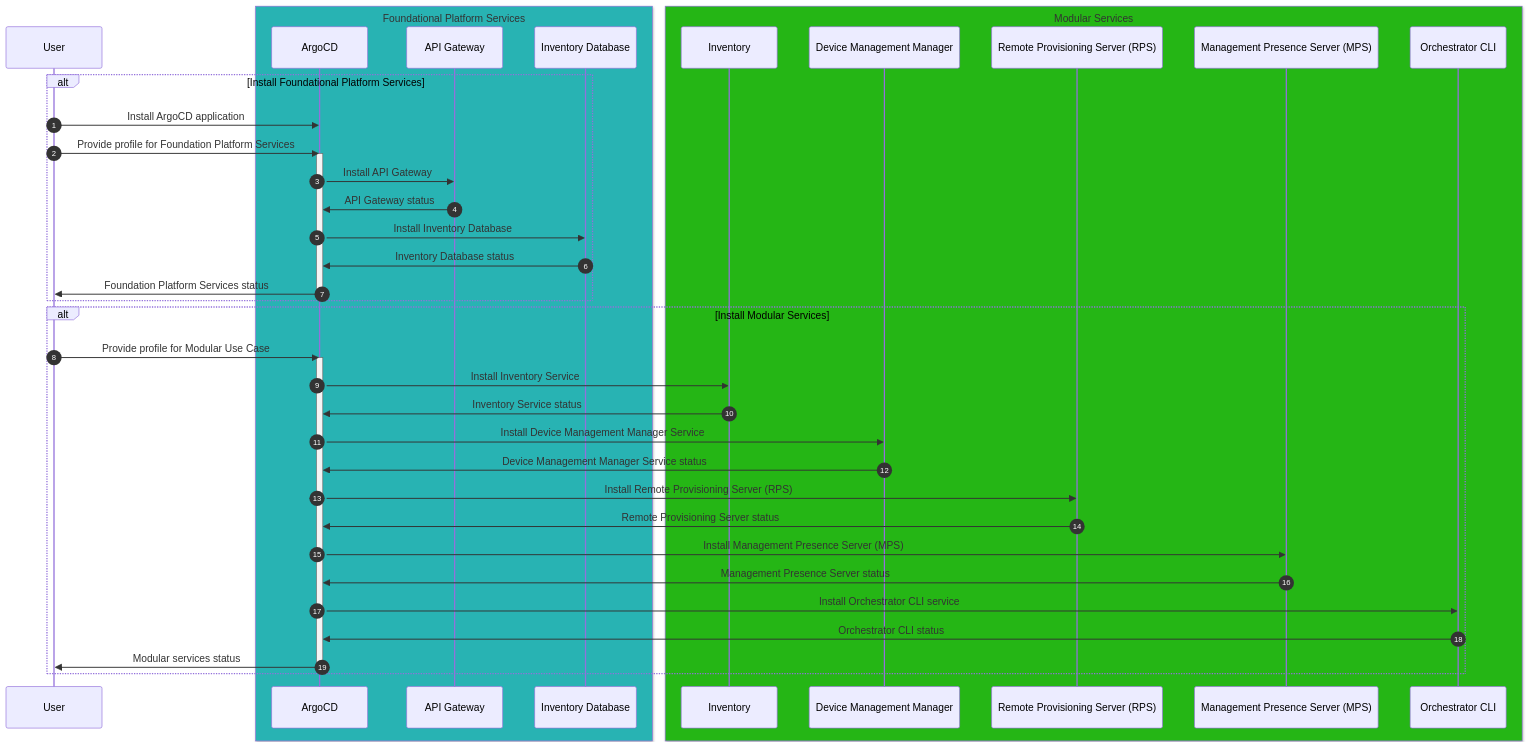
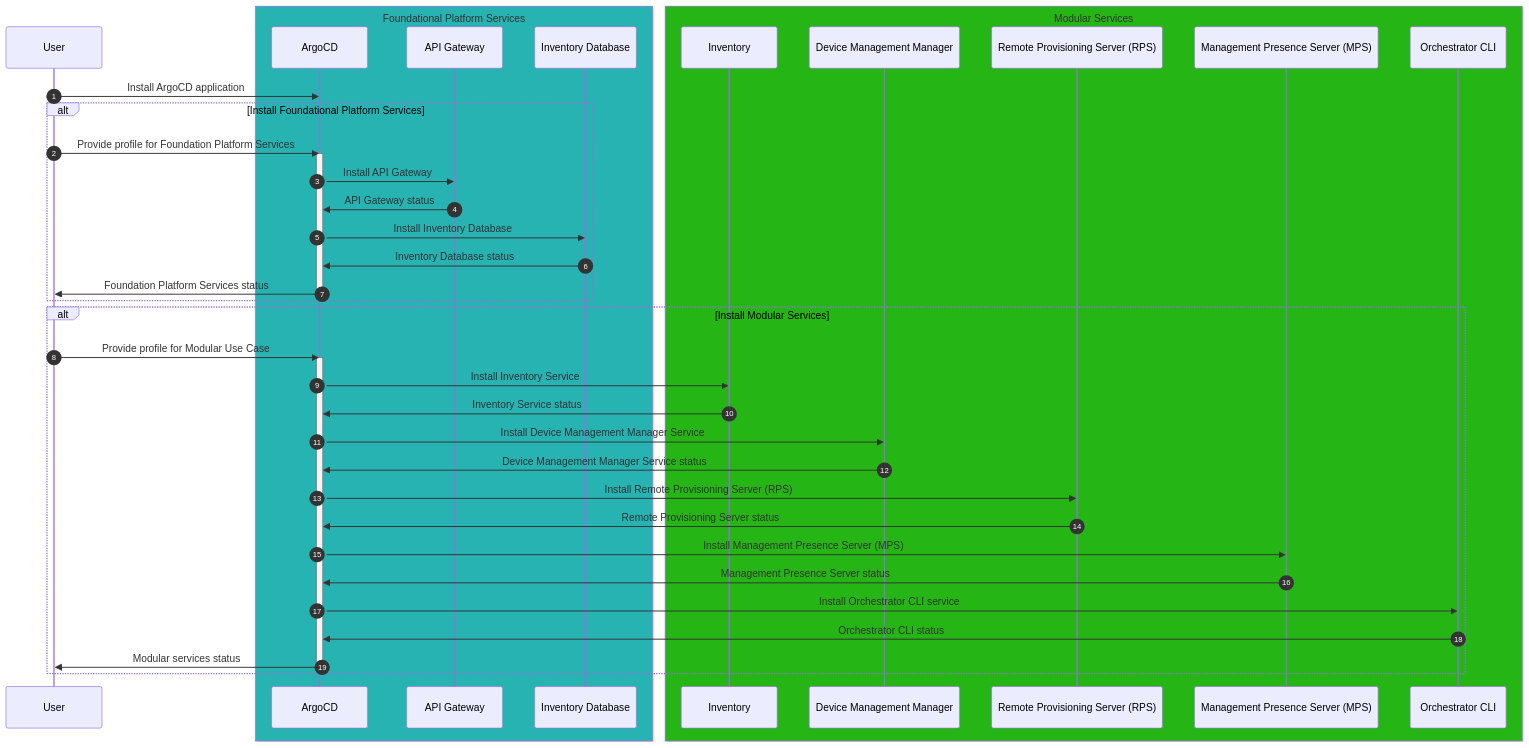
One commit to open-edge-platform/edge-manageability-framework changed the second of 4 diagrams in design-proposals/eim-modular-decomposition-installer.md. Above: the diagram before and after it, drawn with Mermaid.

Commit message:
Small update

````diff
--- a/design-proposals/eim-modular-decomposition-installer.md
+++ b/design-proposals/eim-modular-decomposition-installer.md
@@ -100,44 +100,44 @@
 ```mermaid
 sequenceDiagram
   autonumber
   participant US as User
   box rgba(40, 179, 179, 1) Foundational Platform Services
     participant CD as ArgoCD
     participant API as API Gateway
     participant DB as Inventory Database
   end
   box rgba(37, 182, 21, 1) Modular Services
     participant IN as Inventory
     participant DM as Device Management Manager
     participant RPS as Remote Provisioning Server (RPS)
     participant MPS as Management Presence Server (MPS)
     participant CLI as Orchestrator CLI
   end
+  US ->> CD: Install ArgoCD application
   alt Install Foundational Platform Services
-    US ->> CD: Install ArgoCD application
     US ->> CD: Provide profile for Foundation Platform Services
     activate CD
     CD ->> API: Install API Gateway
     API ->> CD: API Gateway status
     CD ->> DB: Install Inventory Database
     DB ->> CD: Inventory Database status
     CD ->> US: Foundation Platform Services status
     deactivate CD
   end
   alt Install Modular Services
     US ->> CD: Provide profile for Modular Use Case
     activate CD
     CD ->> IN: Install Inventory Service
     IN ->> CD: Inventory Service status
     CD ->> DM: Install Device Management Manager Service
     DM ->> CD: Device Management Manager Service status
     CD ->> RPS: Install Remote Provisioning Server (RPS)
     RPS ->> CD: Remote Provisioning Server status
     CD ->> MPS: Install Management Presence Server (MPS)
     MPS ->> CD: Management Presence Server status
     CD ->> CLI: Install Orchestrator CLI service
     CLI ->> CD: Orchestrator CLI status
     CD ->> US: Modular services status
     deactivate CD
   end
 ```
````
